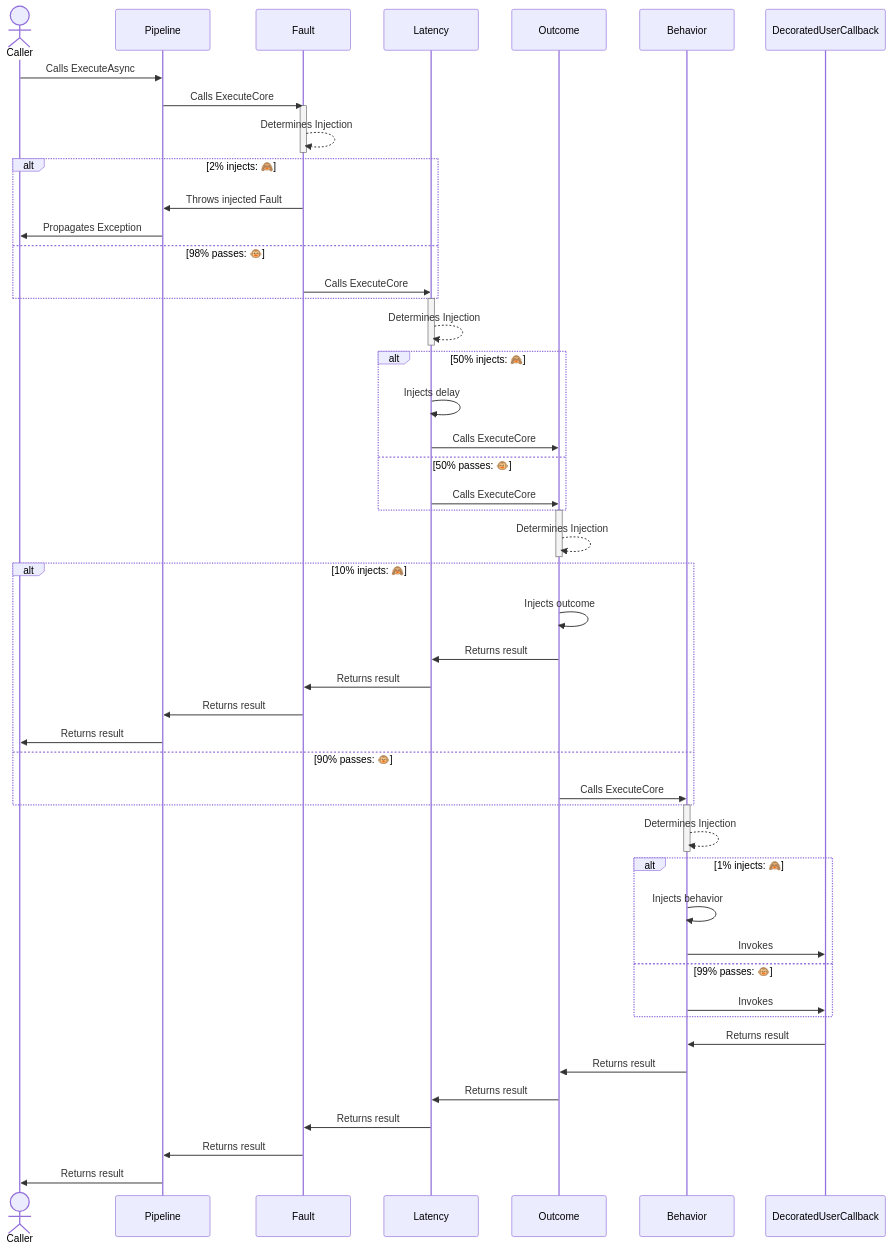
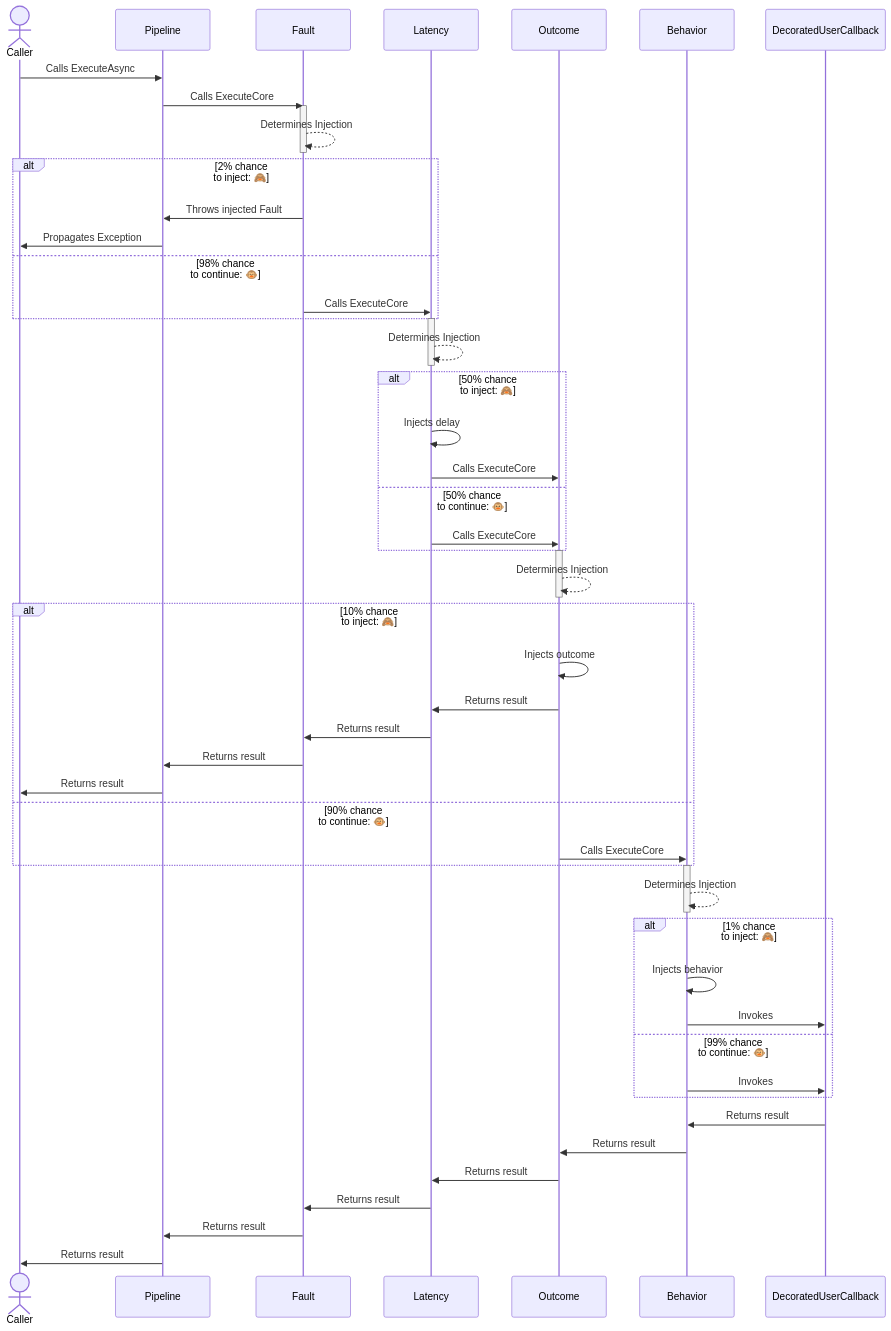
The diagram in docs/chaos/index.md (App-vNext/Polly), drawn with Mermaid before and after one commit.

Commit message:
Add diagram for the main chaos page sample

````diff
--- a/docs/chaos/index.md
+++ b/docs/chaos/index.md
@@ -51,72 +51,72 @@
 ```mermaid
 sequenceDiagram
     actor C as Caller
     participant P as Pipeline
     participant F as Fault
     participant L as Latency
     participant O as Outcome
     participant B as Behavior
     participant D as DecoratedUserCallback
 
     C->>P: Calls ExecuteAsync
 
     P->>F: Calls ExecuteCore
 
     %% Fault Chaos
     activate F
     F-->>F: Determines Injection
     deactivate F
 
-    alt 2% injects: 🙈
+    alt 2% chance <br/>to inject: 🙈
         F->>P: Throws injected Fault
         P->>C: Propagates Exception
-    else 98% passes: 🐵
+    else 98% chance <br/>to continue: 🐵
         F->>L: Calls ExecuteCore
     end
 
     %% Delay Chaos
     activate L
     L-->>L: Determines Injection
     deactivate L
 
-    alt 50% injects: 🙈
+    alt 50% chance <br/>to inject: 🙈
         L->>L: Injects delay
         L->>O: Calls ExecuteCore
-    else 50% passes: 🐵
+    else 50% chance <br/>to continue: 🐵
         L->>O: Calls ExecuteCore
     end
 
     %% Outcome Chaos
     activate O 
     O-->>O: Determines Injection
     deactivate  O
 
-    alt 10% injects: 🙈
+    alt 10% chance <br/>to inject: 🙈
         O->>O: Injects outcome
         O->>L: Returns result
         L->>F: Returns result
         F->>P: Returns result
         P->>C: Returns result
-    else 90% passes: 🐵
+    else 90% chance <br/>to continue: 🐵
         O->>B: Calls ExecuteCore
     end
 
     %% Behavior Chaos
     activate B
     B-->>B: Determines Injection
     deactivate B
 
-    alt 1% injects: 🙈
+    alt 1% chance <br/>to inject: 🙈
         B->>B: Injects behavior
         B->>D: Invokes
-    else 99% passes: 🐵
+    else 99% chance <br/>to continue: 🐵
         B->>D: Invokes
     end
 
     D->>B: Returns result
     B->>O: Returns result
     O->>L: Returns result
     L->>F: Returns result
     F->>P: Returns result
     P->>C: Returns result
 ```
````
